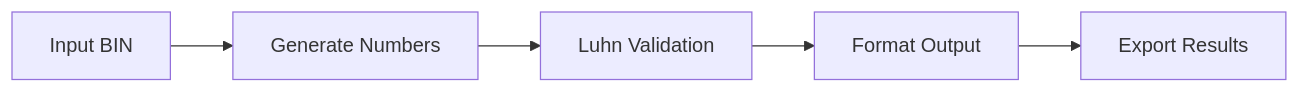
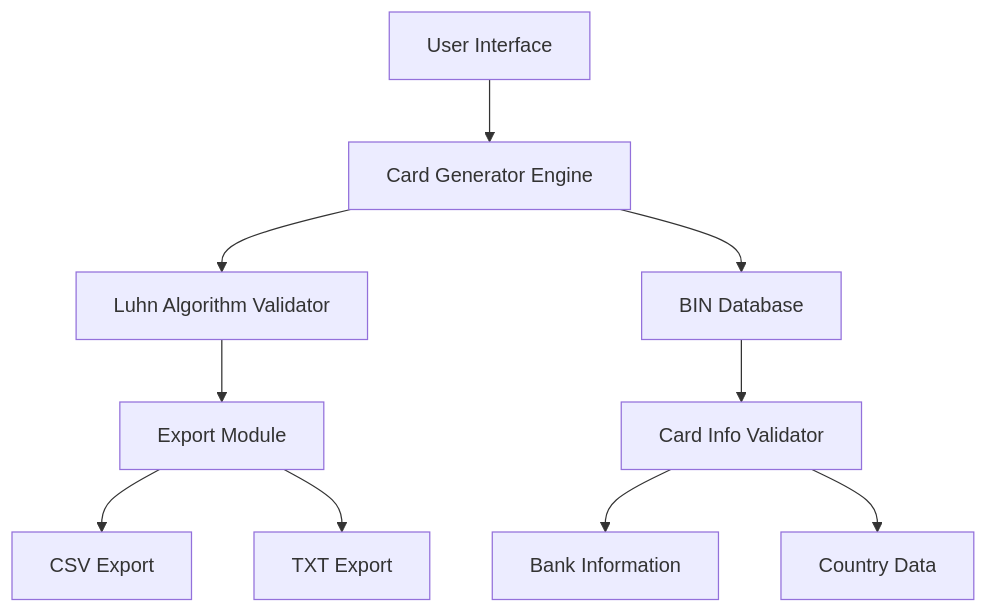
The first of 2 diagrams in README.md (mat1520/Credit-Card-Gen-Luhn), drawn with Mermaid before and after one commit. The commit also changed other lines of this file and 18 other files, not shown here.

````diff
--- a/README.md
+++ b/README.md
@@ -35,7 +17,12 @@
 ```mermaid
-graph LR
-    A[Input BIN] --> B[Generate Numbers]
-    B --> C[Luhn Validation]
-    C --> D[Format Output]
-    D --> E[Export Results]
+graph TD
+    A[User Interface] --> B[Card Generator Engine]
+    B --> C[Luhn Algorithm Validator]
+    B --> D[BIN Database]
+    C --> E[Export Module]
+    D --> F[Card Info Validator]
+    E --> G[CSV Export]
+    E --> H[TXT Export]
+    F --> I[Bank Information]
+    F --> J[Country Data]
 ```
````
